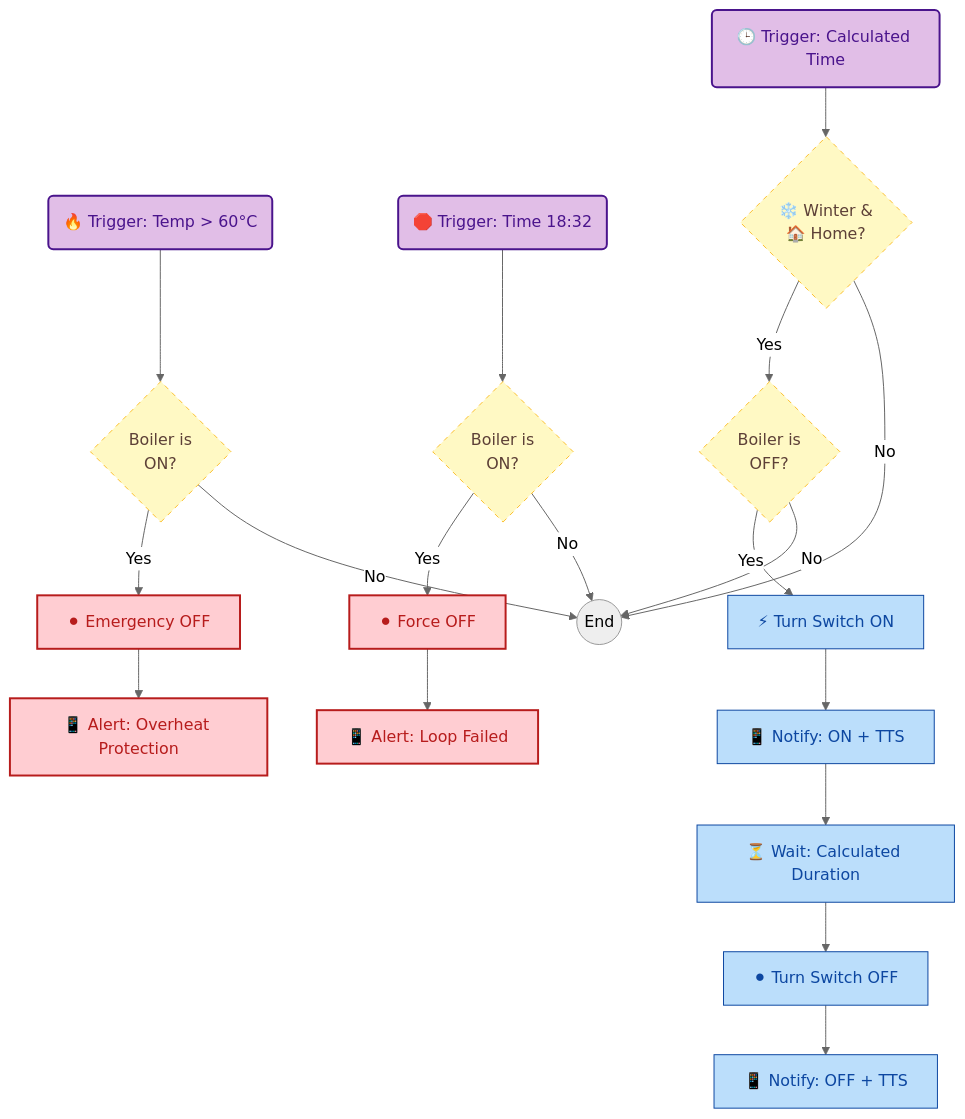
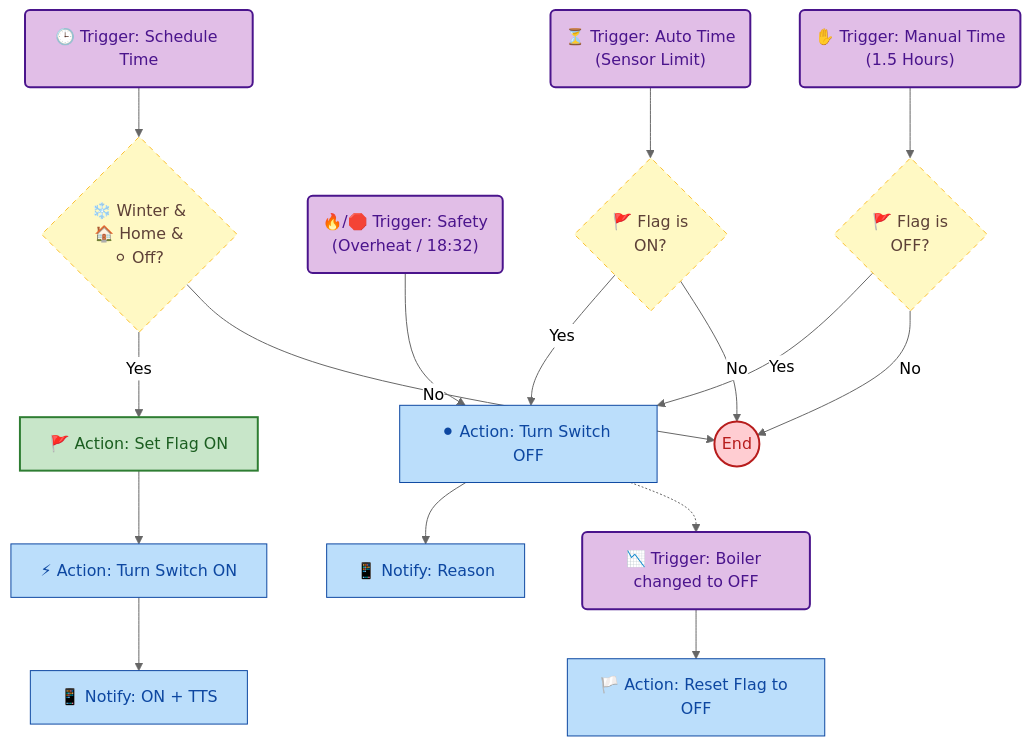
Before and after one commit to r0eenac/Home-Assistant: the diagram in Automations/Boiler/WORKFLOW.md, drawn with Mermaid (neutral theme).

````diff
--- a/Automations/Boiler/WORKFLOW.md
+++ b/Automations/Boiler/WORKFLOW.md
@@ -1,54 +1,68 @@
 ```mermaid
 graph TD
-    %% --- 1. הגדרת סגנונות עם טקסט כהה (High Contrast) ---
-    %% Trigger - סגול רך עם טקסט סגול כהה
+    %% --- 1. הגדרת סגנונות (אותו עיצוב בדיוק) ---
     classDef trigger fill:#E1BEE7,stroke:#4A148C,stroke-width:2px,color:#4A148C;
-    
-    %% Action - כחול רך עם טקסט כחול כהה
     classDef action fill:#BBDEFB,stroke:#0D47A1,stroke-width:1px,color:#0D47A1;
-    
-    %% Check - צהוב בהיר עם טקסט חום כהה (לקריאות מקסימלית)
     classDef check fill:#FFF9C4,stroke:#FBC02D,stroke-width:1px,stroke-dasharray: 5 5,color:#5D4037;
-    
-    %% Stop - אדום רך עם טקסט אדום כהה
     classDef stop fill:#FFCDD2,stroke:#B71C1C,stroke-width:2px,color:#B71C1C;
+    classDef flag fill:#C8E6C9,stroke:#2E7D32,stroke-width:2px,color:#1B5E20;
 
-    %% --- 2. הגדרת הצמתים (Nodes) ---
-    T_Time("🕒 Trigger: Calculated Time")
-    T_Heat("🔥 Trigger: Temp > 60°C")
-    T_Fail("🛑 Trigger: Time 18:32")
+    %% --- 2. אוטומציה 1: הדלקה (ON Logic) ---
+    T_Sched("🕒 Trigger: Schedule Time")
+    Cond_Global{"❄️ Winter &<br/>🏠 Home &<br/>⚪ Off?"}
+    Act_FlagON["🚩 Action: Set Flag ON"]
+    Act_TurnON["⚡ Action: Turn Switch ON"]
+    Act_NotifyON["📱 Notify: ON + TTS"]
 
-    %% --- 3. התהליך הראשי ---
-    T_Time --> Cond_Global{"❄️ Winter &<br/>🏠 Home?"}
-    Cond_Global -- Yes --> Cond_State{"Boiler is<br/>OFF?"}
-    
-    Cond_State -- Yes --> TurnOn["⚡ Turn Switch ON"]
-    TurnOn --> NotifyON["📱 Notify: ON + TTS"]
-    NotifyON --> Wait["⏳ Wait: Calculated Duration"]
-    
-    Wait --> TurnOff["⚫ Turn Switch OFF"]
-    TurnOff --> NotifyOFF["📱 Notify: OFF + TTS"]
+    T_Sched --> Cond_Global
+    Cond_Global -- Yes --> Act_FlagON
+    Act_FlagON --> Act_TurnON
+    Act_TurnON --> Act_NotifyON
 
-    %% --- 4. תהליך בטיחות (Safety) ---
-    T_Heat --> Cond_On1{"Boiler is<br/>ON?"}
-    Cond_On1 -- Yes --> SafetyOff["⚫ Emergency OFF"]
-    SafetyOff --> NotifyHeat["📱 Alert: Overheat Protection"]
+    %% --- 3. אוטומציה 2: כיבוי (OFF Logic) ---
+    %% טריגרים
+    T_Auto("⏳ Trigger: Auto Time<br/>(Sensor Limit)")
+    T_Manual("✋ Trigger: Manual Time<br/>(1.5 Hours)")
+    T_Safety("🔥/🛑 Trigger: Safety<br/>(Overheat / 18:32)")
 
-    %% --- 5. תהליך Failsafe ---
-    T_Fail --> Cond_On2{"Boiler is<br/>ON?"}
-    Cond_On2 -- Yes --> ForceOff["⚫ Force OFF"]
-    ForceOff --> NotifyFail["📱 Alert: Loop Failed"]
+    %% בדיקות
+    Cond_Flag{"🚩 Flag is<br/>ON?"}
+    Cond_NoFlag{"🚩 Flag is<br/>OFF?"}
 
-    %% --- 6. סיומים ---
+    %% פעולה מרכזית
+    Act_TurnOFF["⚫ Action: Turn Switch OFF"]
+    Act_NotifyOFF["📱 Notify: Reason"]
+
+    %% זרימה אוטומטית
+    T_Auto --> Cond_Flag
+    Cond_Flag -- Yes --> Act_TurnOFF
+
+    %% זרימה ידנית
+    T_Manual --> Cond_NoFlag
+    Cond_NoFlag -- Yes --> Act_TurnOFF
+
+    %% זרימה בטיחותית (עוקף דגלים)
+    T_Safety --> Act_TurnOFF
+
+    Act_TurnOFF --> Act_NotifyOFF
+
+    %% --- 4. אוטומציה 3: ניקיון (Cleanup) ---
+    T_Clean("📉 Trigger: Boiler changed to OFF")
+    Act_FlagOFF["🏳️ Action: Reset Flag to OFF"]
+
+    %% חיבור לוגי (הכיבוי מפעיל את הניקיון)
+    Act_TurnOFF -.-> T_Clean
+    T_Clean --> Act_FlagOFF
+
+    %% --- 5. סיומים ---
     Cond_Global -- No --> End((End))
-    Cond_State -- No --> End
-    Cond_On1 -- No --> End
-    Cond_On2 -- No --> End
+    Cond_Flag -- No --> End
+    Cond_NoFlag -- No --> End
 
-    %% --- 7. החלת העיצוב ---
-    class T_Time,T_Heat,T_Fail trigger
-    class TurnOn,NotifyON,Wait,TurnOff,NotifyOFF action
-    class Cond_Global,Cond_State,Cond_On1,Cond_On2 check
-    class SafetyOff,NotifyHeat,ForceOff,NotifyFail stop
-
+    %% --- 6. החלת עיצוב ---
+    class T_Sched,T_Auto,T_Manual,T_Safety,T_Clean trigger
+    class Act_TurnON,Act_NotifyON,Act_TurnOFF,Act_NotifyOFF,Act_FlagOFF action
+    class Cond_Global,Cond_Flag,Cond_NoFlag check
+    class End stop
+    class Act_FlagON flag
 ```
````
